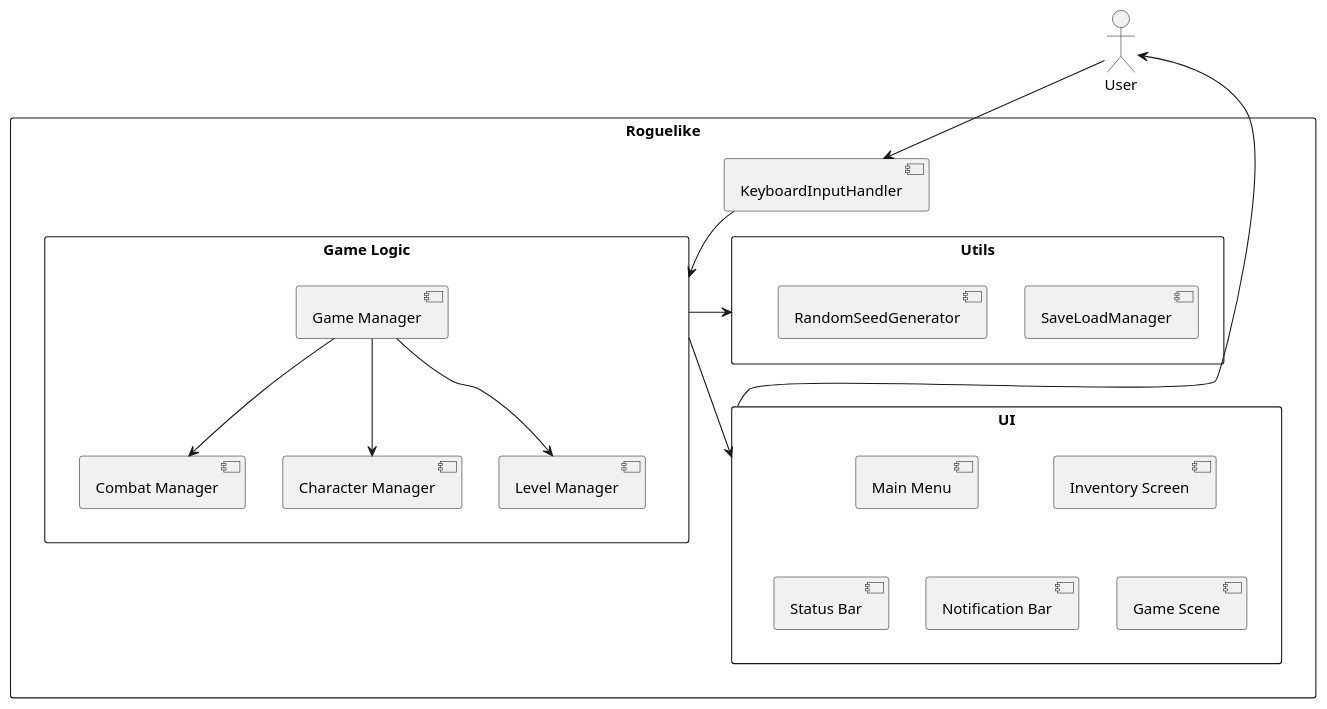
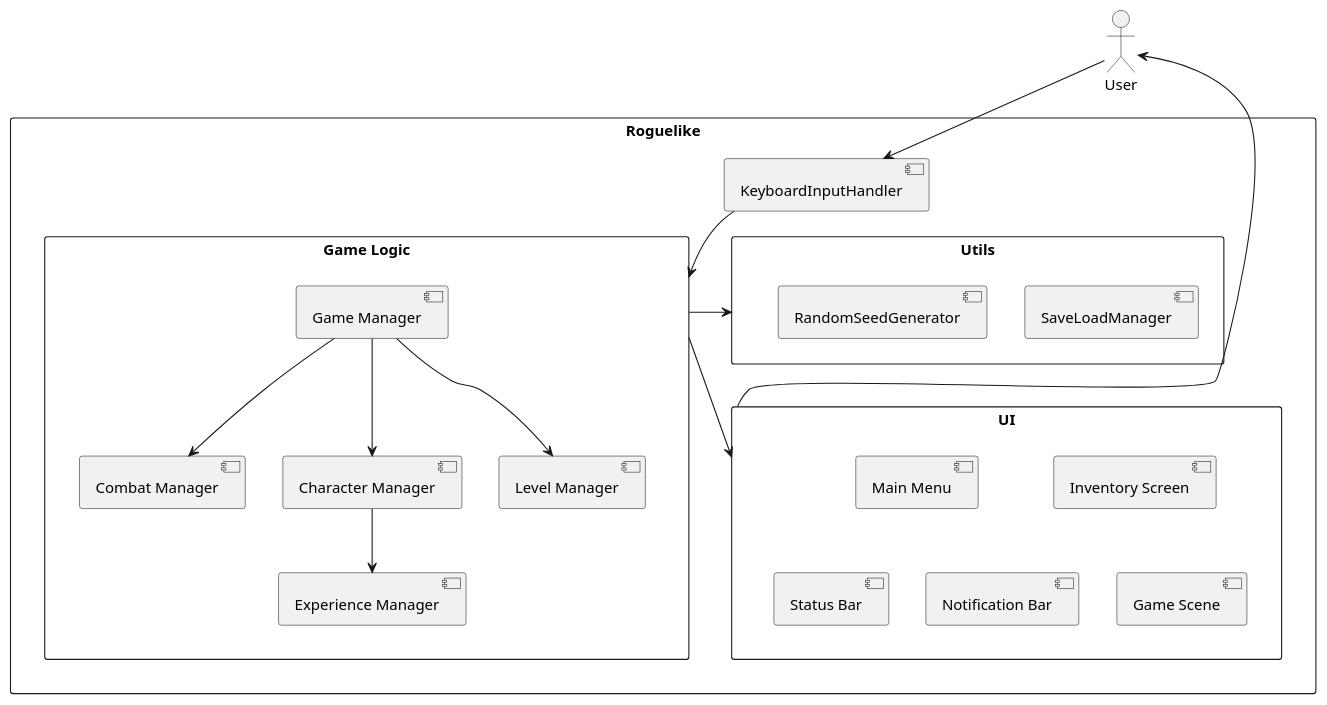
One commit to itmo-software-design/roguelike changed the diagram in docs/schemas/componentDiagram.puml. Above: the diagram before and after it, drawn with PlantUML. The commit also changed 2 other files, not shown here.

```diff
--- a/docs/schemas/componentDiagram.puml
+++ b/docs/schemas/componentDiagram.puml
@@ -1,41 +1,42 @@
 @startuml
 top to bottom direction
 
 actor User
 
 rectangle "Roguelike" {
     [KeyboardInputHandler]
 
     rectangle "Utils" {
         [SaveLoadManager]
         [RandomSeedGenerator]
     }
     rectangle "Game Logic" {
         [Game Manager]
         together {
             [Level Manager]
             [Character Manager]
+            [Experience Manager]
             [Combat Manager]
         }
     }
     rectangle "UI" {
         [Main Menu]
         [Inventory Screen]
         together {
             [Game Scene]
             [Status Bar]
             [Notification Bar]
         }
     }
 }
 
 User -down-> [KeyboardInputHandler]
 [KeyboardInputHandler] -down-> [Game Logic]
 [Game Manager] -down-> [Level Manager]
 [Game Manager] -down-> [Character Manager]
+[Character Manager] -down-> [Experience Manager]
 [Game Manager] -down-> [Combat Manager]
 [Game Logic] -down-> [UI]
 [Game Logic] -left-> [Utils]
 UI -up-> User
-
 @enduml
```
